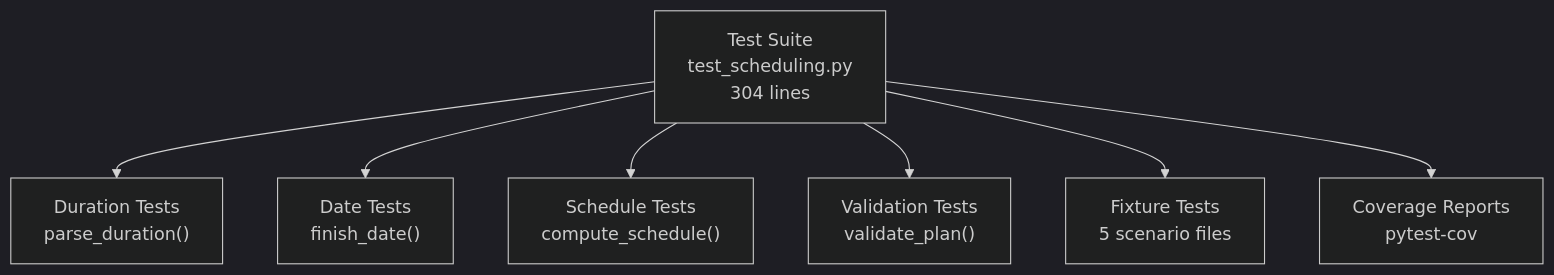
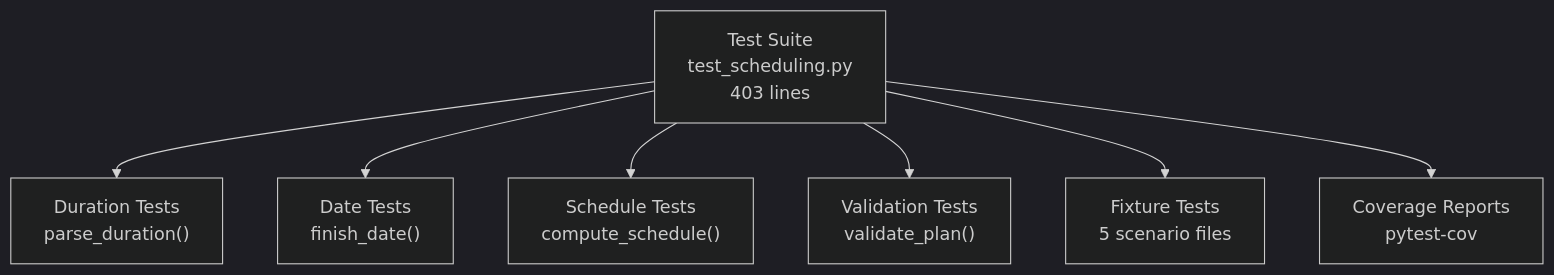
One commit to asukhodko/opskarta changed the fifth of 7 diagrams in .qoder/repowiki/en/content/Development and Contributing.md. Above: the diagram before and after it, drawn with Mermaid (dark theme). The commit also changed other lines of this file and 6 other files, not shown here.

First line of the commit message:
feat(renderer): replace mermaid_gantt with plan2gantt and plan2dag modules

````diff
--- a/.qoder/repowiki/en/content/Development and Contributing.md
+++ b/.qoder/repowiki/en/content/Development and Contributing.md
@@ -348,16 +351,16 @@
 ```mermaid
 flowchart TD
-TestSuite["Test Suite<br/>test_scheduling.py<br/>304 lines"]
+TestSuite["Test Suite<br/>test_scheduling.py<br/>403 lines"]
 Duration["Duration Tests<br/>parse_duration()"]
 Dates["Date Tests<br/>finish_date()"]
 Schedule["Schedule Tests<br/>compute_schedule()"]
 Validation["Validation Tests<br/>validate_plan()"]
 Fixtures["Fixture Tests<br/>5 scenario files"]
 Coverage["Coverage Reports<br/>pytest-cov"]
 TestSuite --> Duration
 TestSuite --> Dates
 TestSuite --> Schedule
 TestSuite --> Validation
 TestSuite --> Fixtures
 TestSuite --> Coverage
 ```
````
